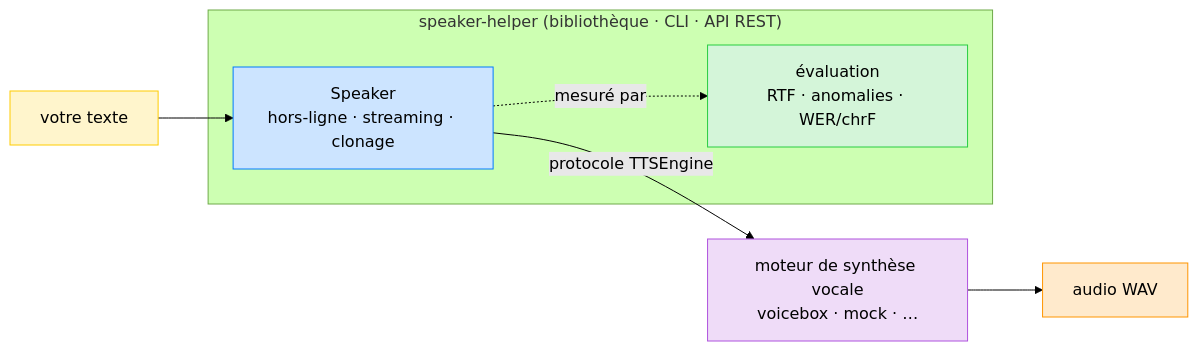
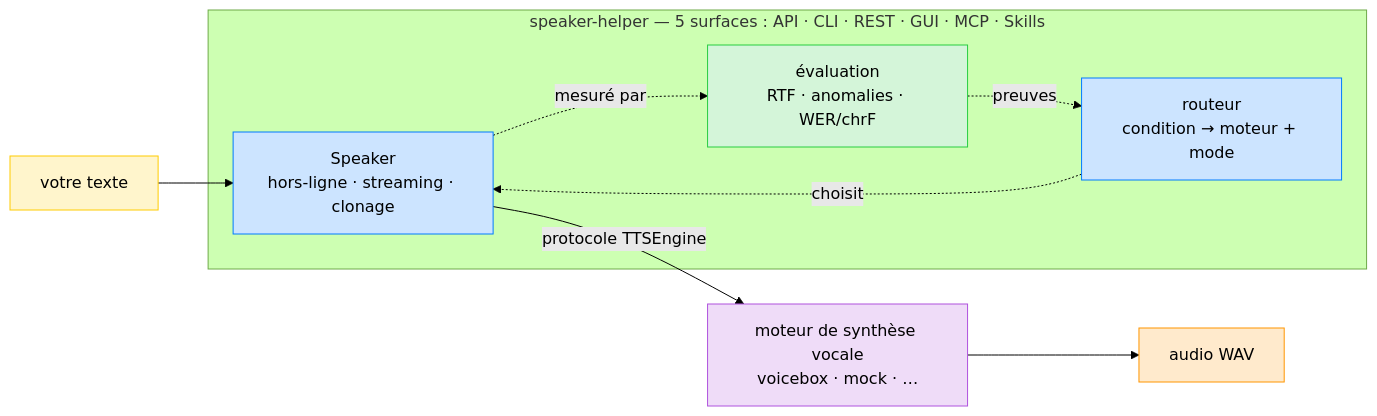
One commit to warith-harchaoui/speaker-helper changed the diagram in LISEZMOI.md. Above: the diagram before and after it, drawn with Mermaid (forest theme). The commit also changed other lines of this file and 40 other files, not shown here.

````diff
--- a/LISEZMOI.md
+++ b/LISEZMOI.md
@@ -54,21 +72,24 @@
 ```mermaid
 flowchart LR
     text["votre texte"]:::input
-    subgraph SH["speaker-helper (bibliothèque · CLI · API REST)"]
+    subgraph SH["speaker-helper — 5 surfaces : API · CLI · REST · GUI · MCP · Skills"]
         speaker["Speaker<br/>hors-ligne · streaming · clonage"]:::core
+        router["routeur<br/>condition → moteur + mode"]:::core
         eval["évaluation<br/>RTF · anomalies · WER/chrF"]:::eval
     end
     engine["moteur de synthèse vocale<br/>voicebox · mock · …"]:::engine
     audio["audio WAV"]:::output
 
     text --> speaker
+    router -.->|choisit| speaker
     speaker -- "protocole TTSEngine" --> engine
     engine --> audio
     speaker -.->|mesuré par| eval
+    eval -.->|preuves| router
 
     classDef input fill:#FFF5CC,stroke:#FFCC00,color:#000000
     classDef core fill:#CCE4FF,stroke:#007AFF,color:#000000
     classDef eval fill:#D4F5D9,stroke:#28CD41,color:#000000
     classDef engine fill:#EFDCF8,stroke:#AF52DE,color:#000000
     classDef output fill:#FFEACC,stroke:#FF9500,color:#000000
 ```
````
